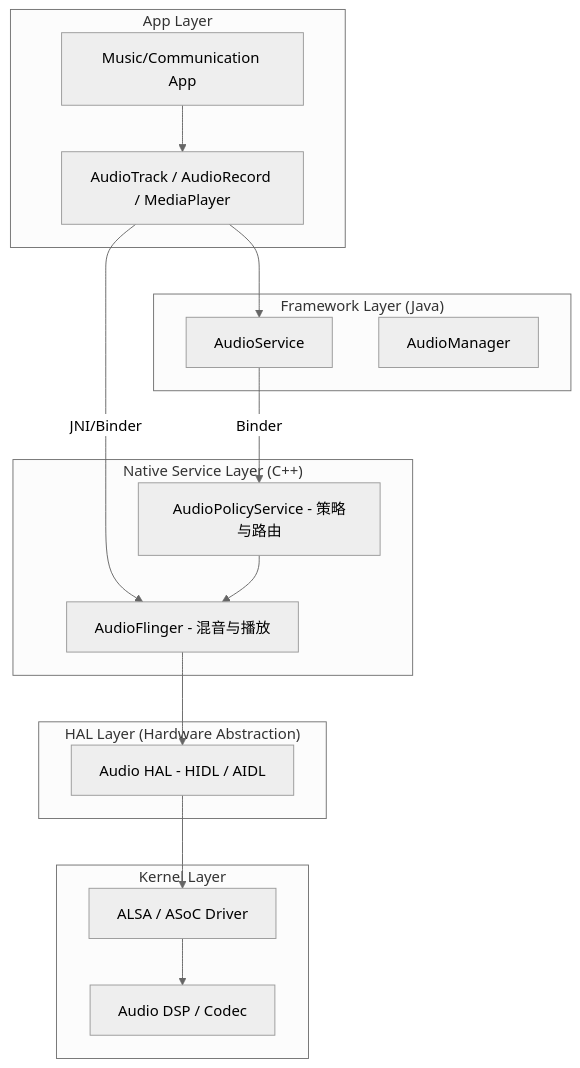
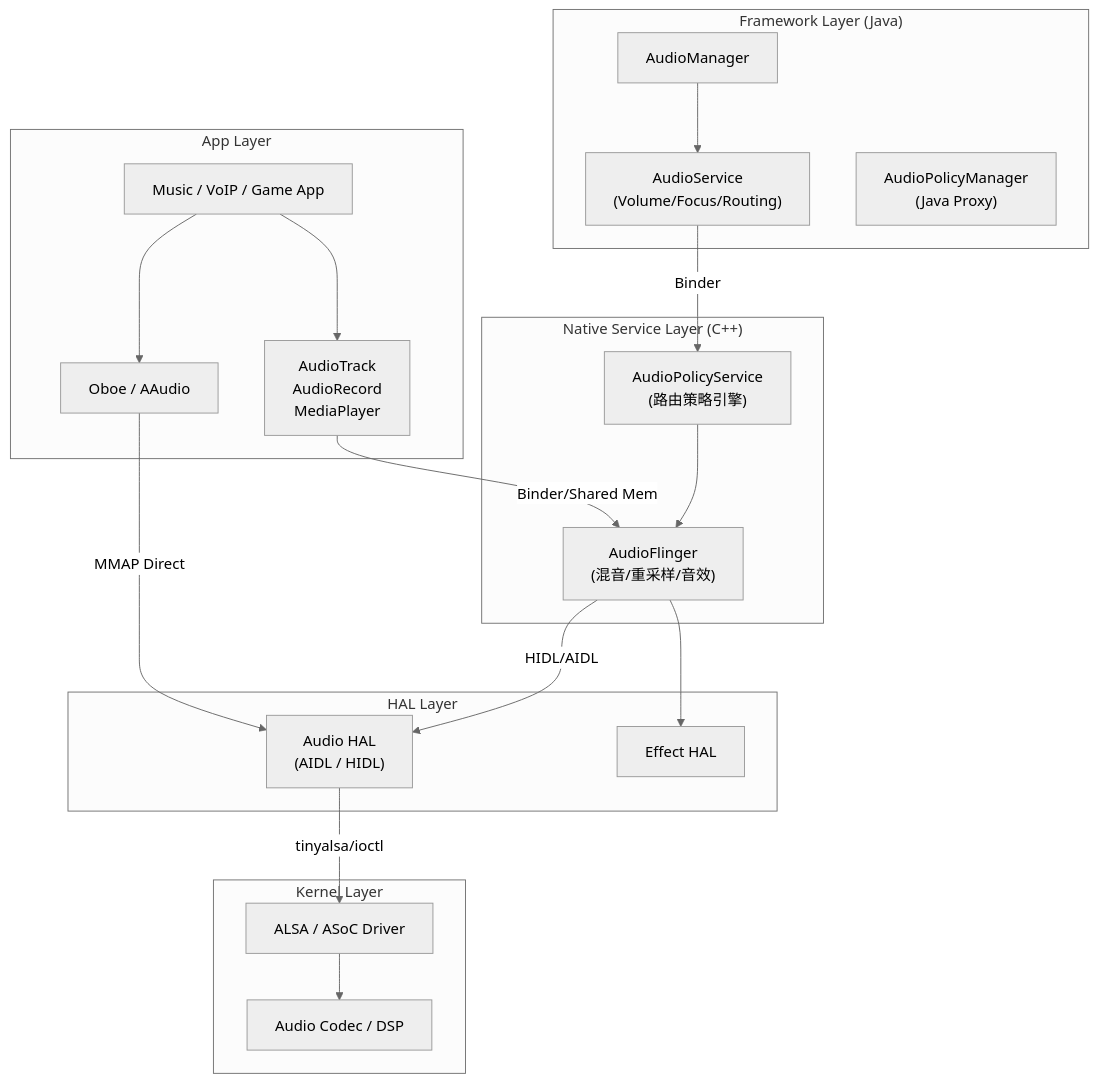
One commit to Sunliming001/awesome-audio-knowledge changed the first of 3 diagrams in 04-Android-Audio-Stack/01-Overview.md. Above: the diagram before and after it, drawn with Mermaid (neutral theme). The commit also changed other lines of this file and 31 other files, not shown here.

````diff
--- a/04-Android-Audio-Stack/01-Overview.md
+++ b/04-Android-Audio-Stack/01-Overview.md
@@ -11,35 +9,41 @@
 ```mermaid
 graph TD
-    subgraph "App Layer"
-        App[Music/Communication App]
-        API[AudioTrack / AudioRecord / MediaPlayer]
+    subgraph AppLayer ["App Layer"]
+        APP["Music / VoIP / Game App"]
+        AT["AudioTrack<br/>AudioRecord<br/>MediaPlayer"]
+        OBOE["Oboe / AAudio"]
     end
 
-    subgraph "Framework Layer (Java)"
-        AS[AudioService]
-        AM[AudioManager]
+    subgraph JavaFW ["Framework Layer (Java)"]
+        AM["AudioManager"]
+        AS["AudioService<br/>(Volume/Focus/Routing)"]
+        APM_J["AudioPolicyManager<br/>(Java Proxy)"]
     end
 
-    subgraph "Native Service Layer (C++)"
-        AF[AudioFlinger - 混音与播放]
-        APS[AudioPolicyService - 策略与路由]
+    subgraph NativeFW ["Native Service Layer (C++)"]
+        AF["AudioFlinger<br/>(混音/重采样/音效)"]
+        APS["AudioPolicyService<br/>(路由策略引擎)"]
     end
 
-    subgraph "HAL Layer (Hardware Abstraction)"
-        HAL[Audio HAL - HIDL / AIDL]
+    subgraph HALLayer ["HAL Layer"]
+        AHAL["Audio HAL<br/>(AIDL / HIDL)"]
+        EFFECT_HAL["Effect HAL"]
     end
 
-    subgraph "Kernel Layer"
-        ALSA[ALSA / ASoC Driver]
-        Hardware[Audio DSP / Codec]
+    subgraph KernelLayer ["Kernel Layer"]
+        ALSA["ALSA / ASoC Driver"]
+        CODEC["Audio Codec / DSP"]
     end
 
-    App --> API
-    API --> AS
-    AS -- Binder --> APS
-    API -- JNI/Binder --> AF
+    APP --> AT
+    APP --> OBOE
+    AT -->|"Binder/Shared Mem"| AF
+    OBOE -->|"MMAP Direct"| AHAL
+    AM --> AS
+    AS -->|"Binder"| APS
     APS --> AF
-    AF --> HAL
-    HAL --> ALSA
-    ALSA --> Hardware
+    AF -->|"HIDL/AIDL"| AHAL
+    AF --> EFFECT_HAL
+    AHAL -->|"tinyalsa/ioctl"| ALSA
+    ALSA --> CODEC
 ```
````
